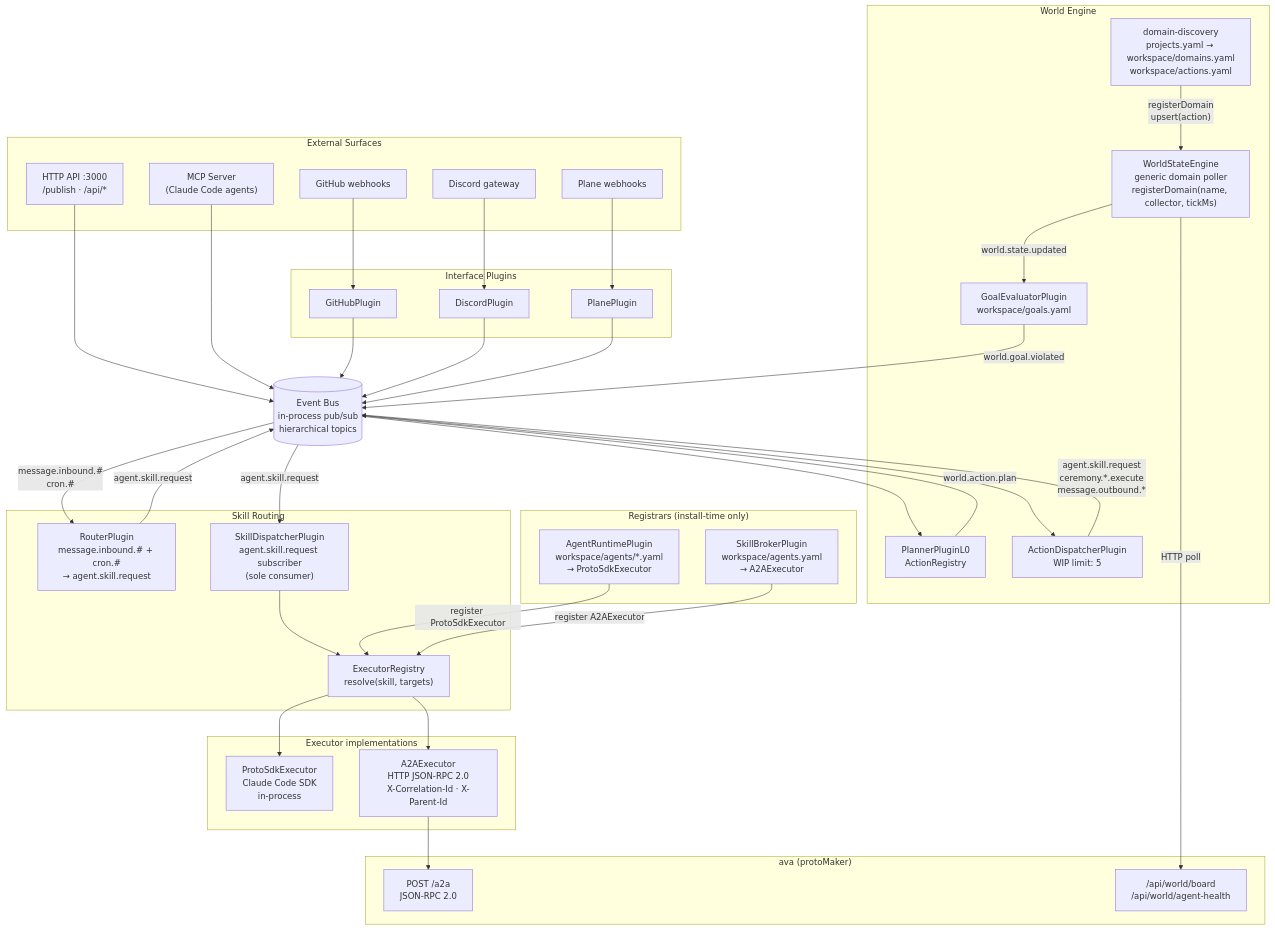
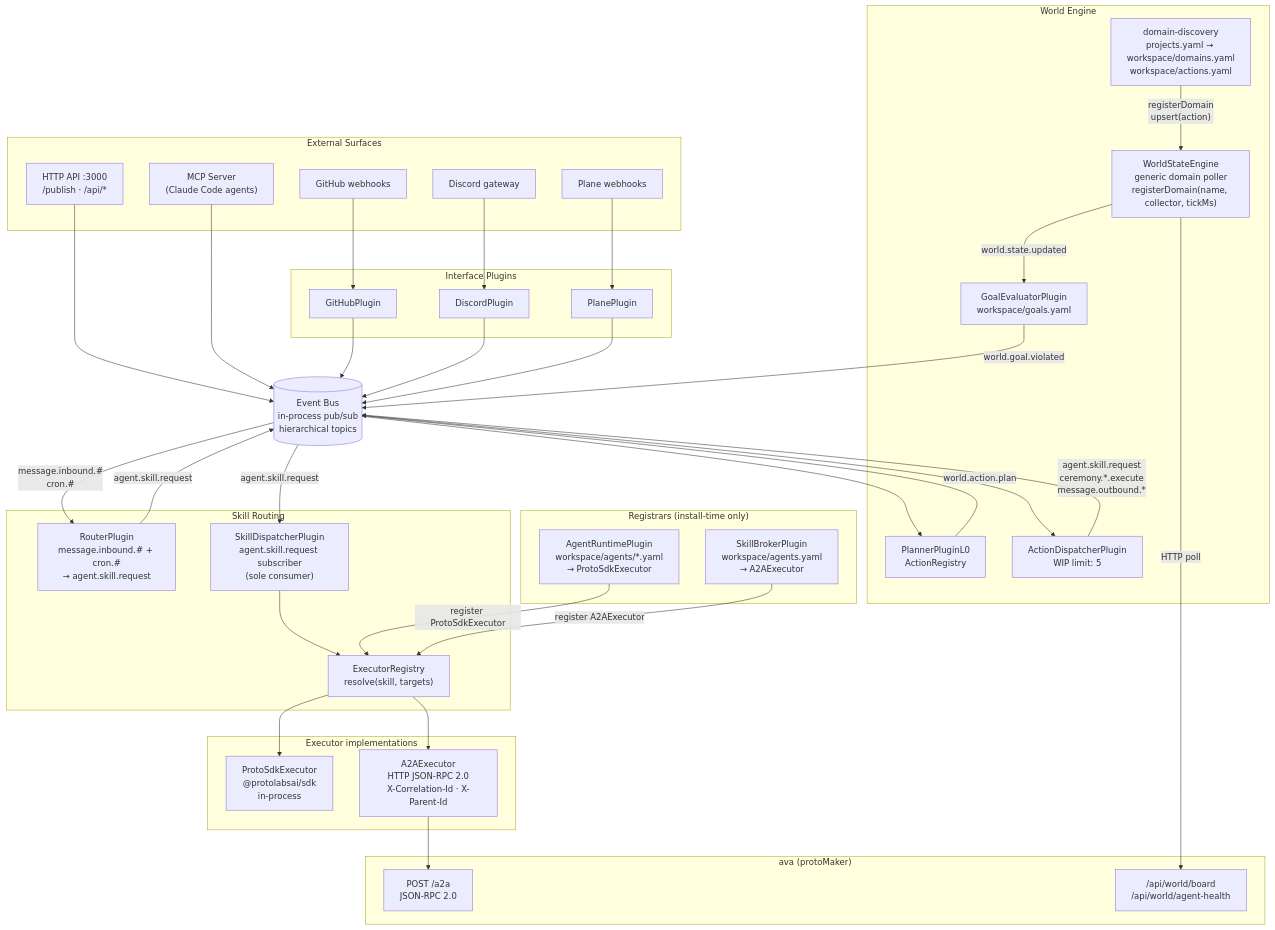
One commit to protoLabsAI/protoWorkstacean changed the first of 2 diagrams in docs-site/src/content/docs/explanation/architecture.md. Above: the diagram before and after it, drawn with Mermaid. The commit also changed 8 other files, not shown here.

Commit message:
fix: replace 'Claude Code SDK' with '@protolabsai/sdk' throughout docs and README

````diff
--- a/docs-site/src/content/docs/explanation/architecture.md
+++ b/docs-site/src/content/docs/explanation/architecture.md
@@ -11,75 +11,75 @@
 ```mermaid
 flowchart TD
     subgraph Surfaces["External Surfaces"]
         GH[GitHub webhooks]
         DC[Discord gateway]
         PL[Plane webhooks]
         HTTP["HTTP API :3000\n/publish · /api/*"]
         MCP["MCP Server\n(Claude Code agents)"]
     end
 
     BUS[("Event Bus\nin-process pub/sub\nhierarchical topics")]
 
     subgraph Adapters["Interface Plugins"]
         GHP[GitHubPlugin]
         DCP[DiscordPlugin]
         PLP[PlanePlugin]
     end
 
     subgraph Routing["Skill Routing"]
         RTP["RouterPlugin\nmessage.inbound.# + cron.#\n→ agent.skill.request"]
         SDP["SkillDispatcherPlugin\nagent.skill.request subscriber\n(sole consumer)"]
         REG["ExecutorRegistry\nresolve(skill, targets)"]
     end
 
     subgraph Registrars["Registrars (install-time only)"]
         ART["AgentRuntimePlugin\nworkspace/agents/*.yaml\n→ ProtoSdkExecutor"]
         SKB["SkillBrokerPlugin\nworkspace/agents.yaml\n→ A2AExecutor"]
     end
 
     subgraph Executors["Executor implementations"]
-        PSE["ProtoSdkExecutor\nClaude Code SDK\nin-process"]
+        PSE["ProtoSdkExecutor\n@protolabsai/sdk\nin-process"]
         A2AE["A2AExecutor\nHTTP JSON-RPC 2.0\nX-Correlation-Id · X-Parent-Id"]
     end
 
     subgraph WorldEngine["World Engine"]
         WSE["WorldStateEngine\ngeneric domain poller\nregisterDomain(name, collector, tickMs)"]
         DD["domain-discovery\nprojects.yaml → workspace/domains.yaml\nworkspace/actions.yaml"]
         GEP["GoalEvaluatorPlugin\nworkspace/goals.yaml"]
         PL0["PlannerPluginL0\nActionRegistry"]
         ADP["ActionDispatcherPlugin\nWIP limit: 5"]
     end
 
     subgraph Ava["ava (protoMaker)"]
         AVA_A2A["POST /a2a\nJSON-RPC 2.0"]
         AVA_WORLD["/api/world/board\n/api/world/agent-health"]
     end
 
     GH --> GHP
     DC --> DCP
     PL --> PLP
     HTTP --> BUS
     MCP --> BUS
 
     GHP & DCP & PLP --> BUS
 
     BUS -- "message.inbound.#\ncron.#" --> RTP
     RTP -- "agent.skill.request" --> BUS
     BUS -- "agent.skill.request" --> SDP
     SDP --> REG
     REG --> PSE & A2AE
 
     ART -- "register ProtoSdkExecutor" --> REG
     SKB -- "register A2AExecutor" --> REG
 
     A2AE --> AVA_A2A
 
     DD -- "registerDomain\nupsert(action)" --> WSE
     WSE -- "HTTP poll" --> AVA_WORLD
     WSE -- "world.state.updated" --> GEP
     GEP -- "world.goal.violated" --> BUS
     BUS --> PL0
     PL0 -- "world.action.plan" --> BUS
     BUS --> ADP
     ADP -- "agent.skill.request\nceremony.*.execute\nmessage.outbound.*" --> BUS
 ```
````
